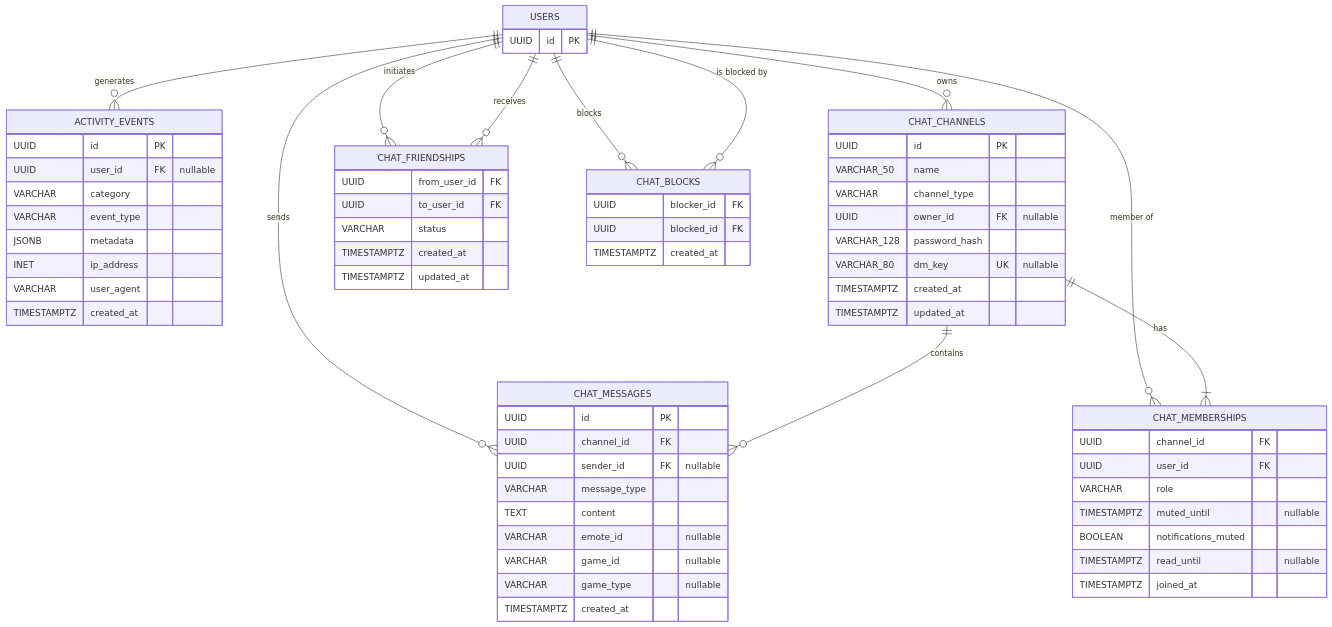
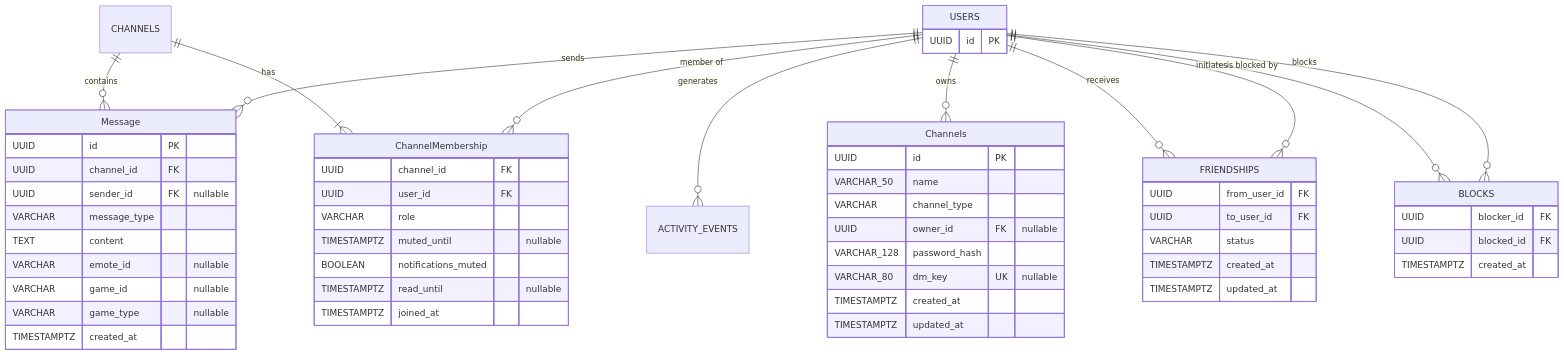
Before and after one commit to hasan-kheireddin/4i2e-Arena: the fourth of 4 diagrams in README.md, drawn with Mermaid.

Commit message:
update database schema

````diff
--- a/README.md
+++ b/README.md
@@ -285,76 +285,65 @@
 ```mermaid
 erDiagram
 
     USERS {
         UUID id PK
     }
 
-    ACTIVITY_EVENTS {
-        UUID id PK
-        UUID user_id FK "nullable"
-        VARCHAR category
-        VARCHAR event_type
-        JSONB metadata
-        INET ip_address
-        VARCHAR user_agent
-        TIMESTAMPTZ created_at
-    }
-
-    CHAT_CHANNELS {
+    Channels {
         UUID id PK
         VARCHAR_50 name
         VARCHAR channel_type
         UUID owner_id FK "nullable"
         VARCHAR_128 password_hash
         VARCHAR_80 dm_key UK "nullable"
         TIMESTAMPTZ created_at
         TIMESTAMPTZ updated_at
     }
 
-    CHAT_MEMBERSHIPS {
+    ChannelMembership {
         UUID channel_id FK
         UUID user_id FK
         VARCHAR role
         TIMESTAMPTZ muted_until "nullable"
         BOOLEAN notifications_muted
         TIMESTAMPTZ read_until "nullable"
         TIMESTAMPTZ joined_at
     }
 
-    CHAT_MESSAGES {
+    Message {
         UUID id PK
         UUID channel_id FK
         UUID sender_id FK "nullable"
         VARCHAR message_type
         TEXT content
         VARCHAR emote_id "nullable"
         VARCHAR game_id "nullable"
         VARCHAR game_type "nullable"
         TIMESTAMPTZ created_at
     }
 
-    CHAT_FRIENDSHIPS {
+    FRIENDSHIPS {
         UUID from_user_id FK
         UUID to_user_id FK
         VARCHAR status
         TIMESTAMPTZ created_at
         TIMESTAMPTZ updated_at
     }
 
-    CHAT_BLOCKS {
+    BLOCKS {
         UUID blocker_id FK
         UUID blocked_id FK
         TIMESTAMPTZ created_at
     }
 
-    USERS ||--o{ CHAT_MESSAGES : "sends"
+    USERS ||--o{ Message : "sends"
     USERS ||--o{ ACTIVITY_EVENTS : "generates"
-    USERS ||--o{ CHAT_CHANNELS : "owns"
-    USERS ||--o{ CHAT_MEMBERSHIPS : "member of"
-    USERS ||--o{ CHAT_FRIENDSHIPS : "initiates"
-    USERS ||--o{ CHAT_FRIENDSHIPS : "receives"
-    USERS ||--o{ CHAT_BLOCKS : "blocks"
-    USERS ||--o{ CHAT_BLOCKS : "is blocked by"
-    CHAT_CHANNELS ||--|{ CHAT_MEMBERSHIPS : "has"
-    CHAT_CHANNELS ||--o{ CHAT_MESSAGES : "contains"
+    USERS ||--o{ Channels : "owns"
+    USERS ||--o{ ChannelMembership : "member of"
+    USERS ||--o{ FRIENDSHIPS : "initiates"
+    USERS ||--o{ FRIENDSHIPS : "receives"
+    USERS ||--o{ BLOCKS : "blocks"
+    USERS ||--o{ BLOCKS : "is blocked by"
+    CHANNELS ||--|{ ChannelMembership : "has"
+    CHANNELS ||--o{ Message : "contains"
 ```
````
